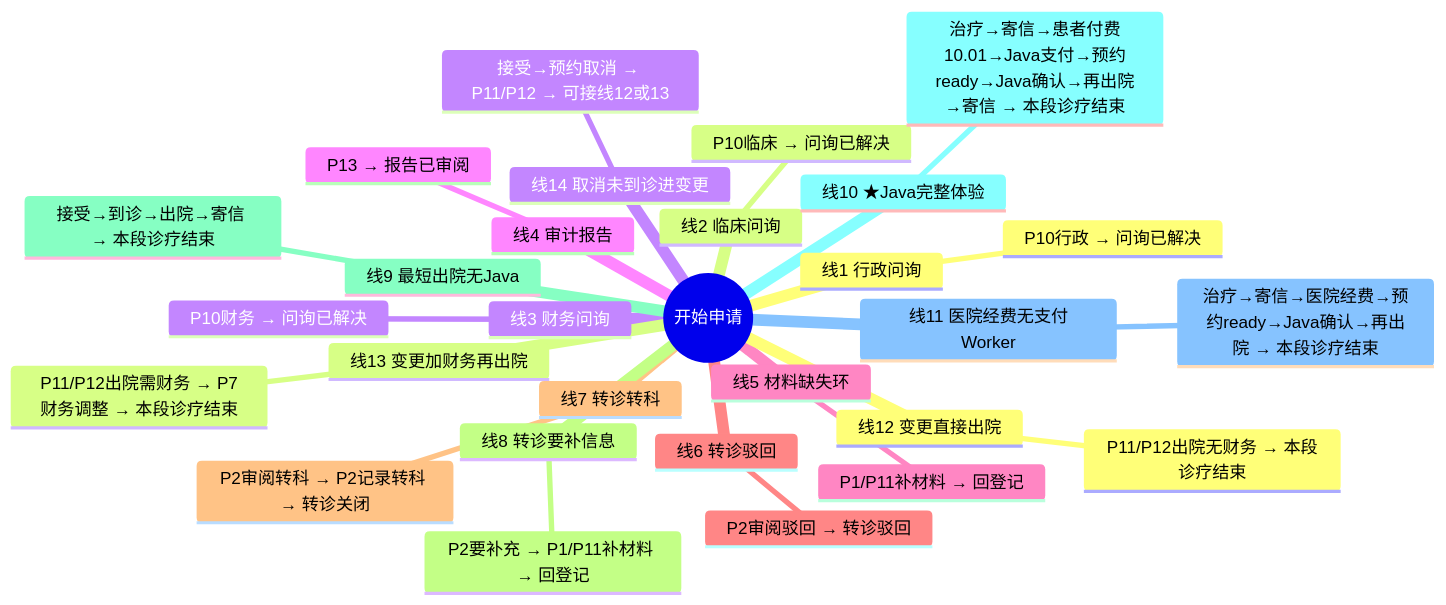
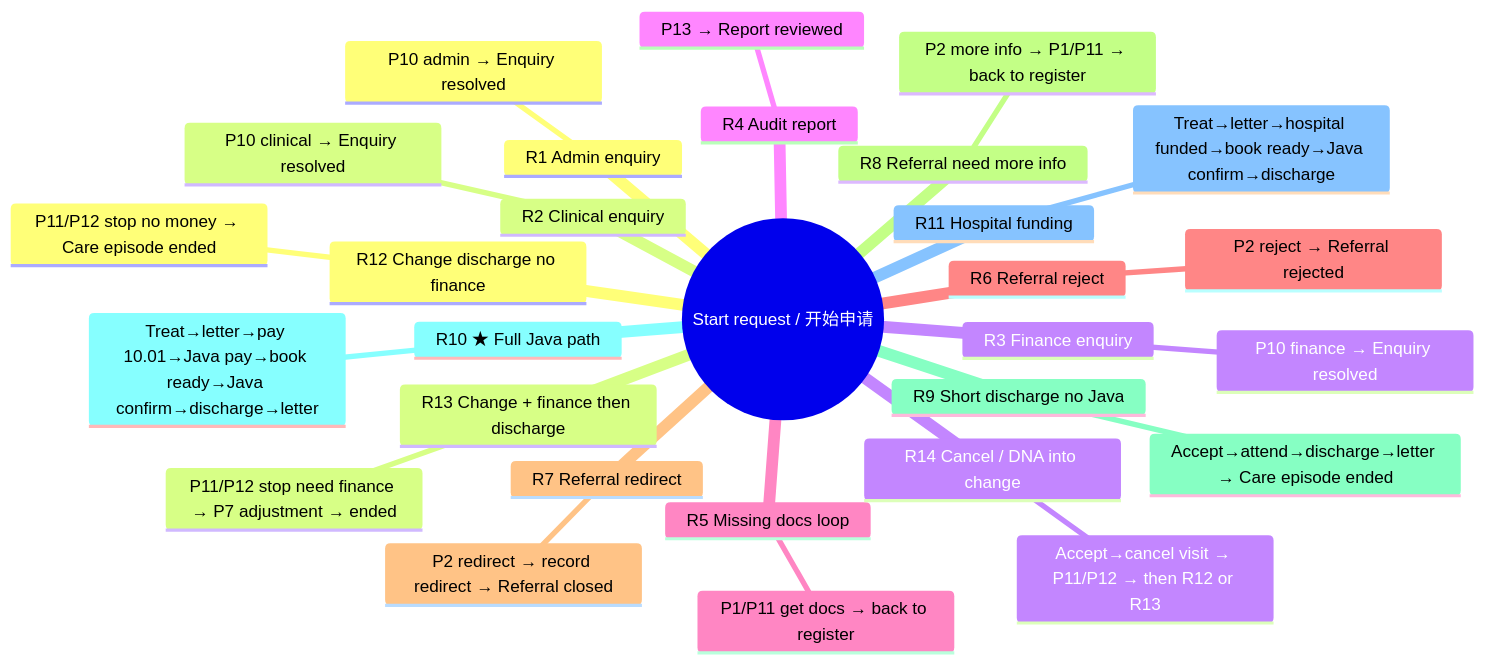
The diagram in Ruby/hospital-pathway-zh-learn/完整体验路线.md (Estrella6066773/HW_AISD), drawn with Mermaid before and after one commit. The commit also changed other lines of this file, not shown here.

````diff
--- a/Ruby/hospital-pathway-zh-learn/完整体验路线.md
+++ b/Ruby/hospital-pathway-zh-learn/完整体验路线.md
@@ -26,32 +35,32 @@
 ```mermaid
 mindmap
-  root((开始申请))
-    线1 行政问询
-      P10行政 → 问询已解决
-    线2 临床问询
-      P10临床 → 问询已解决
-    线3 财务问询
-      P10财务 → 问询已解决
-    线4 审计报告
-      P13 → 报告已审阅
-    线5 材料缺失环
-      P1/P11补材料 → 回登记
-    线6 转诊驳回
-      P2审阅驳回 → 转诊驳回
-    线7 转诊转科
-      P2审阅转科 → P2记录转科 → 转诊关闭
-    线8 转诊要补信息
-      P2要补充 → P1/P11补材料 → 回登记
-    线9 最短出院无Java
-      接受→到诊→出院→寄信 → 本段诊疗结束
-    线10 ★Java完整体验
-      治疗→寄信→患者付费10.01→Java支付→预约ready→Java确认→再出院→寄信 → 本段诊疗结束
-    线11 医院经费无支付Worker
-      治疗→寄信→医院经费→预约ready→Java确认→再出院 → 本段诊疗结束
-    线12 变更直接出院
-      P11/P12出院无财务 → 本段诊疗结束
-    线13 变更加财务再出院
-      P11/P12出院需财务 → P7财务调整 → 本段诊疗结束
-    线14 取消未到诊进变更
-      接受→预约取消 → P11/P12 → 可接线12或13
+  root((Start request / 开始申请))
+    R1 Admin enquiry
+      P10 admin → Enquiry resolved
+    R2 Clinical enquiry
+      P10 clinical → Enquiry resolved
+    R3 Finance enquiry
+      P10 finance → Enquiry resolved
+    R4 Audit report
+      P13 → Report reviewed
+    R5 Missing docs loop
+      P1/P11 get docs → back to register
+    R6 Referral reject
+      P2 reject → Referral rejected
+    R7 Referral redirect
+      P2 redirect → record redirect → Referral closed
+    R8 Referral need more info
+      P2 more info → P1/P11 → back to register
+    R9 Short discharge no Java
+      Accept→attend→discharge→letter → Care episode ended
+    R10 ★ Full Java path
+      Treat→letter→pay 10.01→Java pay→book ready→Java confirm→discharge→letter
+    R11 Hospital funding
+      Treat→letter→hospital funded→book ready→Java confirm→discharge
+    R12 Change discharge no finance
+      P11/P12 stop no money → Care episode ended
+    R13 Change + finance then discharge
+      P11/P12 stop need finance → P7 adjustment → ended
+    R14 Cancel / DNA into change
+      Accept→cancel visit → P11/P12 → then R12 or R13
 ```
````
